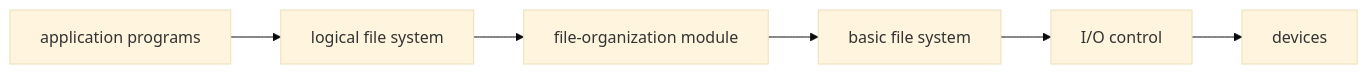
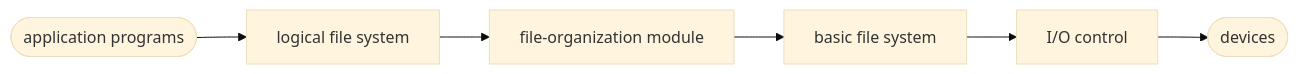
Before and after one commit to IsshikiHugh/notebook: the diagram in docs/cour_note/D3QD_OperatingSystem/Unit6.md, drawn with Mermaid (base theme).

Commit message:
chore: Content synchronization

````diff
--- a/docs/cour_note/D3QD_OperatingSystem/Unit6.md
+++ b/docs/cour_note/D3QD_OperatingSystem/Unit6.md
@@ -244,8 +244,8 @@
 ```mermaid
 graph LR;
-    A["application programs"] --> B["logical file system"];
+    A(["application programs"]) --> B["logical file system"];
     B --> C["file-organization module"];
     C --> D["basic file system"];
     D --> E["I/O control"];
-    E --> F["devices"];
+    E --> F(["devices"]);
 ```
````
